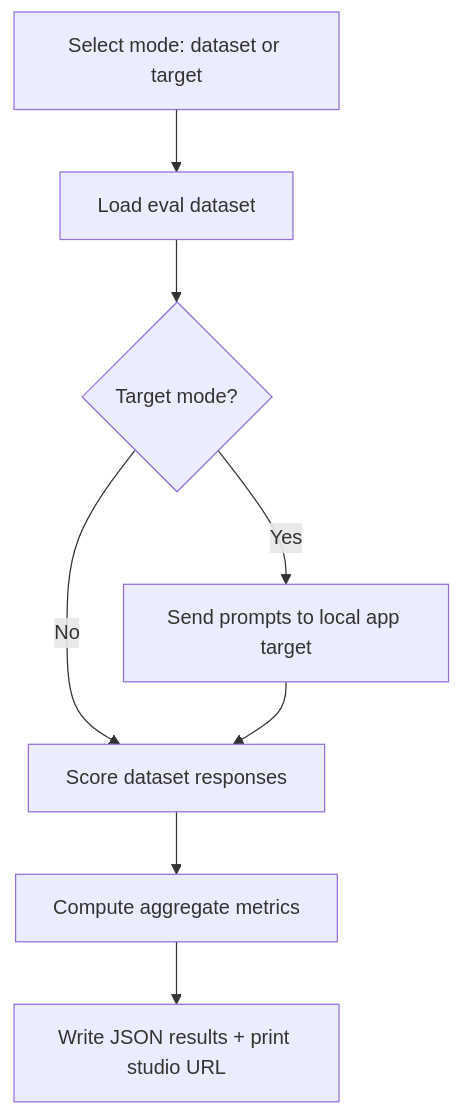
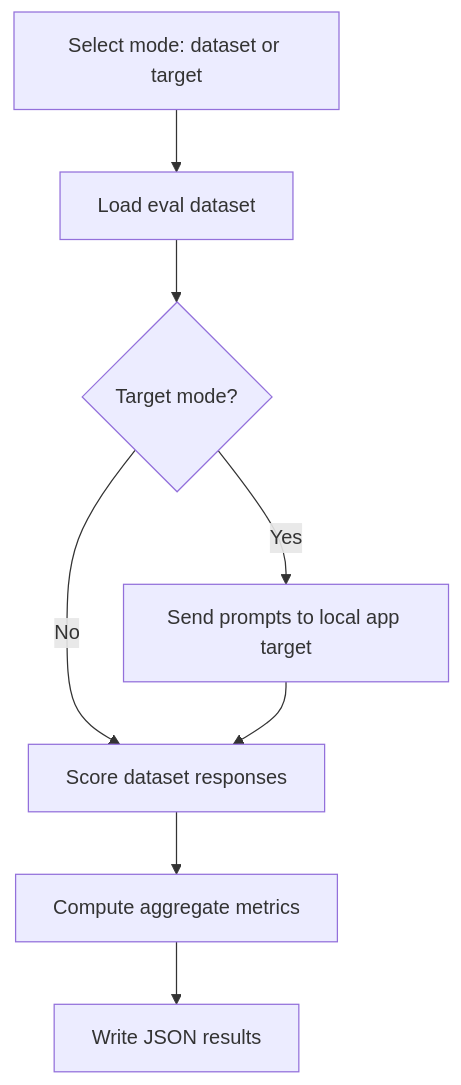
One commit to jakeatmsft/ai-foundry-craftkit changed the diagram in Model_Usecases/harm_evals/README.md. Above: the diagram before and after it, drawn with Mermaid.

Commit message:
Update README to remove studio URL reference

````diff
--- a/Model_Usecases/harm_evals/README.md
+++ b/Model_Usecases/harm_evals/README.md
@@ -5,10 +5,10 @@
 ```mermaid
 flowchart TD
     A[Select mode: dataset or target] --> B[Load eval dataset]
     B --> C{Target mode?}
     C -- No --> D[Score dataset responses]
     C -- Yes --> E[Send prompts to local app target]
     E --> D
     D --> F[Compute aggregate metrics]
-    F --> G[Write JSON results + print studio URL]
+    F --> G[Write JSON results]
 ```
````
